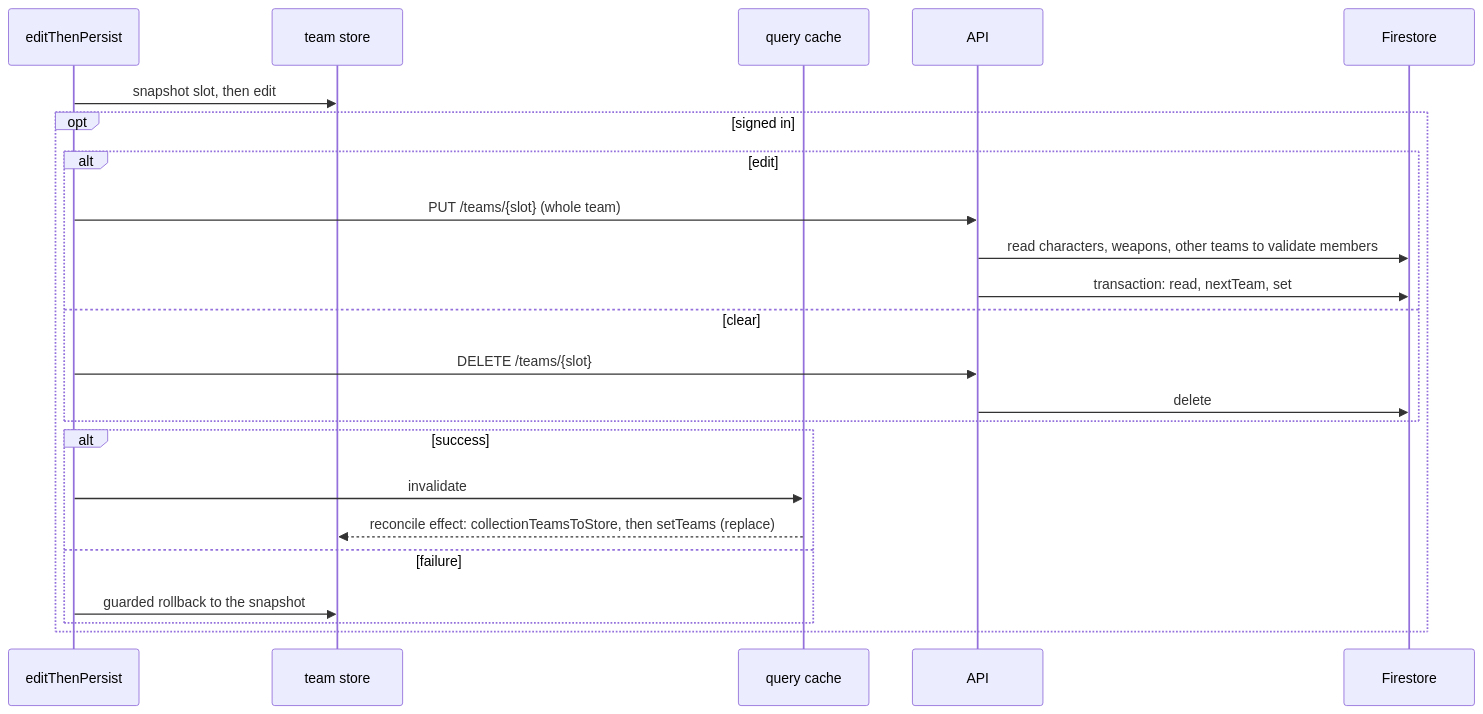
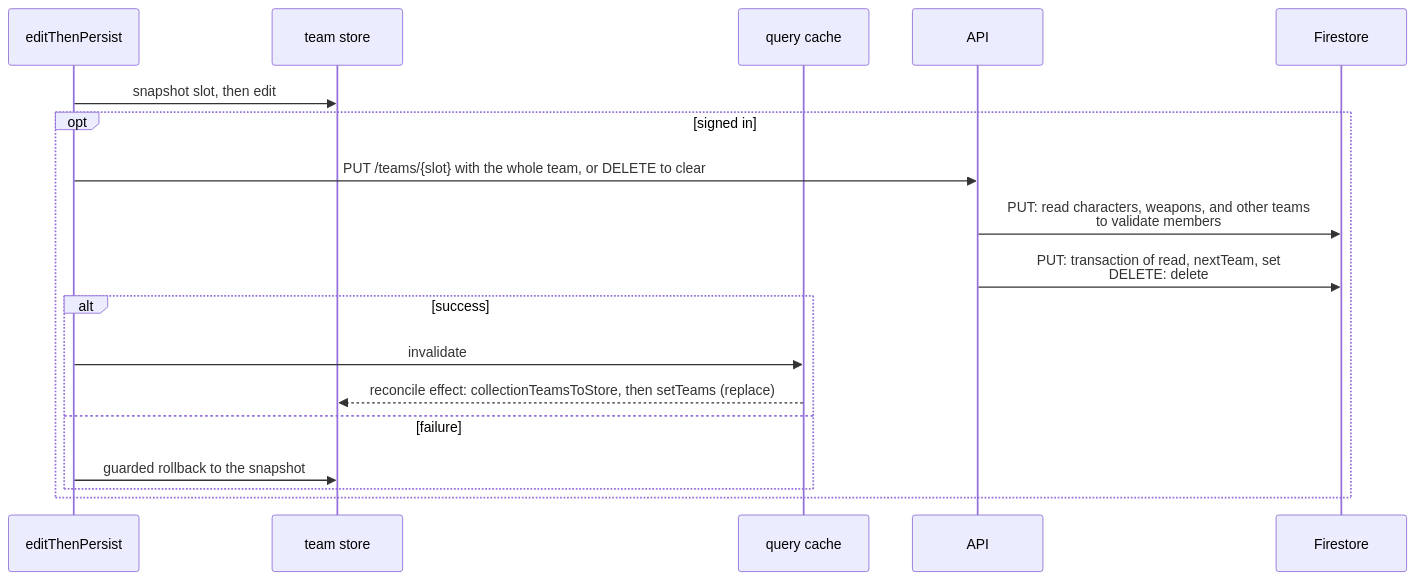
Before and after one commit to dungeon-studio/genshin.dungeon.studio: the third of 4 diagrams in docs/reference/data-flow-write-paths.md, drawn with Mermaid. The commit also changed other lines of this file, not shown here.

Commit message:
docs: nest write-path fragments instead of stacking them
Characters and teams each had two sibling alt fragments inside the
signed-in opt, one per request verb and one per outcome. Mermaid sizes
each fragment to the participants it touches, so the siblings rendered
at different widths and read as overlapping. The verb now rides in
the message, as the weapons diagram already did, leaving one outcome
fragment nested in the opt. The page opening says what alt and opt
mean.

````diff
--- a/docs/reference/data-flow-write-paths.md
+++ b/docs/reference/data-flow-write-paths.md
@@ -116,26 +113,21 @@
 ```mermaid
 sequenceDiagram
   participant Hook as editThenPersist
   participant Store as team store
   participant Cache as query cache
   participant API as API
   participant FS as Firestore
 
   Hook->>Store: snapshot slot, then edit
   opt signed in
-    alt edit
-      Hook->>API: PUT /teams/{slot} (whole team)
-      API->>FS: read characters, weapons, other teams to validate members
-      API->>FS: transaction: read, nextTeam, set
-    else clear
-      Hook->>API: DELETE /teams/{slot}
-      API->>FS: delete
-    end
+    Hook->>API: PUT /teams/{slot} with the whole team, or DELETE to clear
+    API->>FS: PUT: read characters, weapons, and other teams<br>to validate members
+    API->>FS: PUT: transaction of read, nextTeam, set<br>DELETE: delete
     alt success
       Hook->>Cache: invalidate
       Cache-->>Store: reconcile effect: collectionTeamsToStore, then setTeams (replace)
     else failure
       Hook->>Store: guarded rollback to the snapshot
     end
   end
 ```
````
